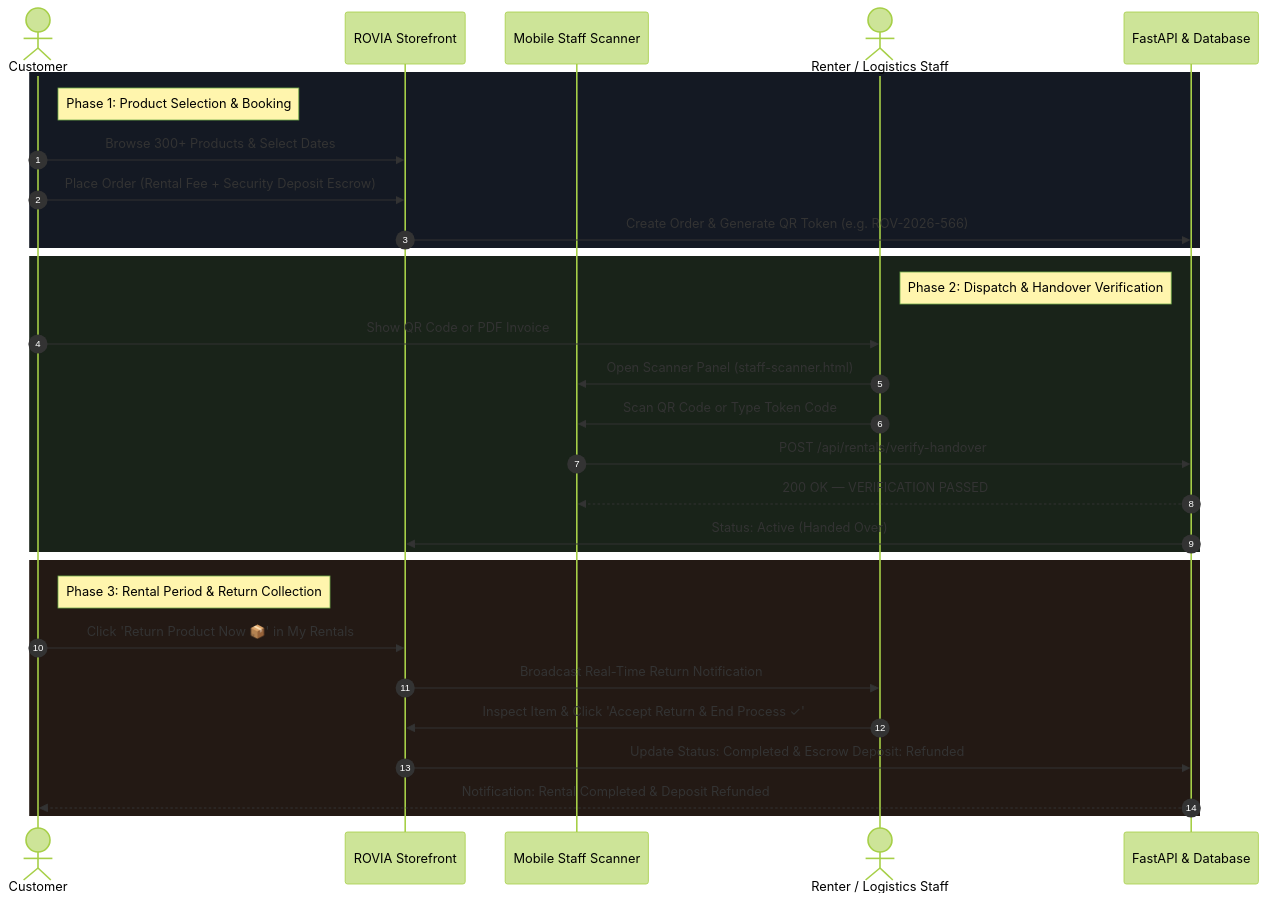
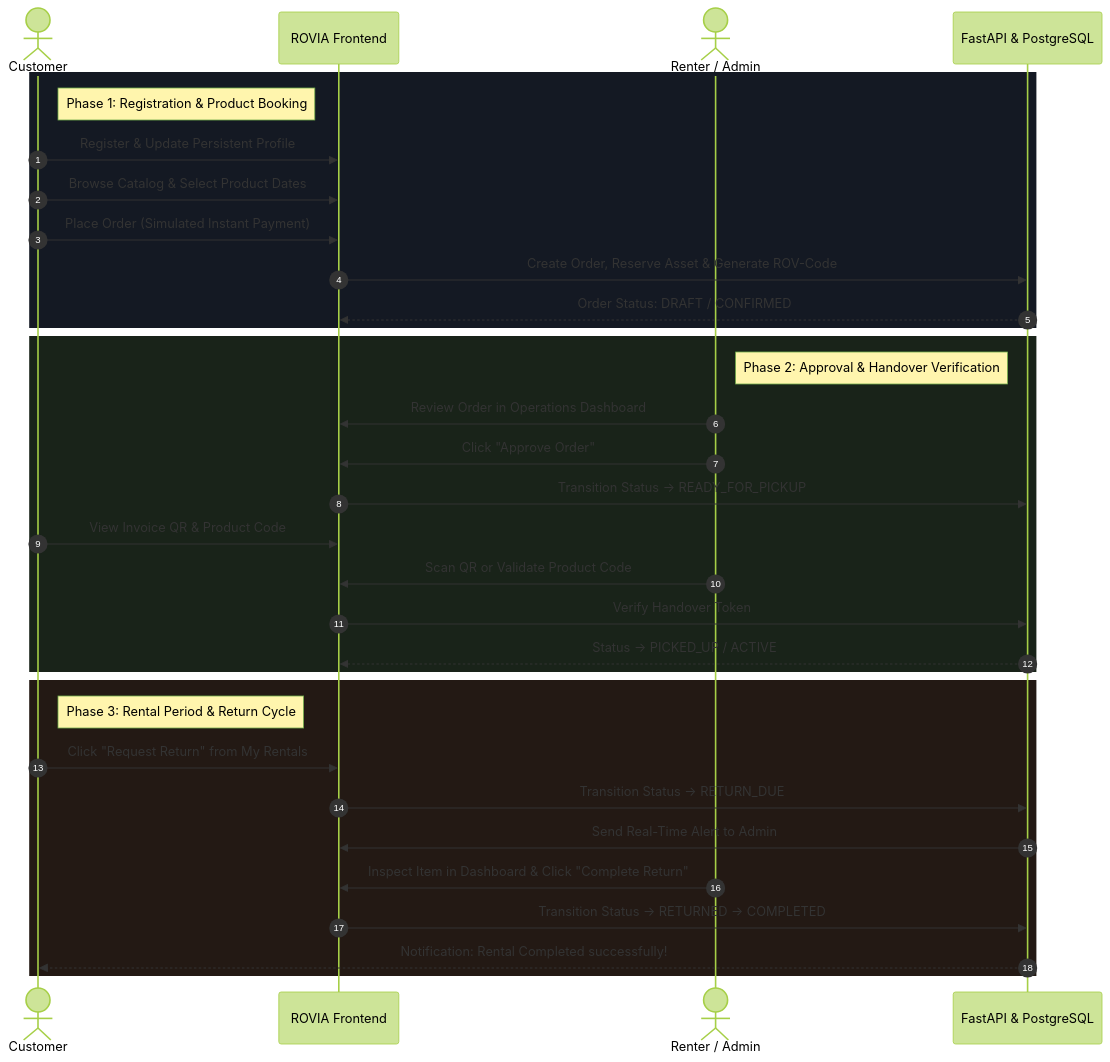
One commit to sakthisundar-16/Rovia changed the second of 2 diagrams in README.md. Above: the diagram before and after it, drawn with Mermaid (forest theme). The commit also changed other lines of this file, not shown here.

Commit message:
docs: Update README with Odoo Hackathon, workflow, diagrams and deployed links

````diff
--- a/README.md
+++ b/README.md
@@ -51,35 +57,38 @@
 ```mermaid
 sequenceDiagram
     autonumber
     actor Customer
-    participant Storefront as ROVIA Storefront
-    participant Scanner as Mobile Staff Scanner
-    actor Renter as Renter / Logistics Staff
-    participant Backend as FastAPI & Database
+    participant Frontend as ROVIA Frontend
+    actor Renter as Renter / Admin
+    participant Backend as FastAPI & PostgreSQL
 
     rect rgb(20, 25, 35)
-        note right of Customer: Phase 1: Product Selection & Booking
-        Customer->>Storefront: Browse 300+ Products & Select Dates
-        Customer->>Storefront: Place Order (Rental Fee + Security Deposit Escrow)
-        Storefront->>Backend: Create Order & Generate QR Token (e.g. ROV-2026-566)
+        note right of Customer: Phase 1: Registration & Product Booking
+        Customer->>Frontend: Register & Update Persistent Profile
+        Customer->>Frontend: Browse Catalog & Select Product Dates
+        Customer->>Frontend: Place Order (Simulated Instant Payment)
+        Frontend->>Backend: Create Order, Reserve Asset & Generate ROV-Code
+        Backend-->>Frontend: Order Status: DRAFT / CONFIRMED
     end
 
     rect rgb(25, 35, 25)
-        note right of Renter: Phase 2: Dispatch & Handover Verification
-        Customer->>Renter: Show QR Code or PDF Invoice
-        Renter->>Scanner: Open Scanner Panel (staff-scanner.html)
-        Renter->>Scanner: Scan QR Code or Type Token Code
-        Scanner->>Backend: POST /api/rentals/verify-handover
-        Backend-->>Scanner: 200 OK — VERIFICATION PASSED
-        Backend->>Storefront: Status: Active (Handed Over)
+        note right of Renter: Phase 2: Approval & Handover Verification
+        Renter->>Frontend: Review Order in Operations Dashboard
+        Renter->>Frontend: Click "Approve Order"
+        Frontend->>Backend: Transition Status -> READY_FOR_PICKUP
+        Customer->>Frontend: View Invoice QR & Product Code
+        Renter->>Frontend: Scan QR or Validate Product Code
+        Frontend->>Backend: Verify Handover Token
+        Backend-->>Frontend: Status -> PICKED_UP / ACTIVE
     end
 
     rect rgb(35, 25, 20)
-        note right of Customer: Phase 3: Rental Period & Return Collection
-        Customer->>Storefront: Click 'Return Product Now 📦' in My Rentals
-        Storefront->>Renter: Broadcast Real-Time Return Notification
-        Renter->>Storefront: Inspect Item & Click 'Accept Return & End Process ✓'
-        Storefront->>Backend: Update Status: Completed & Escrow Deposit: Refunded
-        Backend-->>Customer: Notification: Rental Completed & Deposit Refunded
+        note right of Customer: Phase 3: Rental Period & Return Cycle
+        Customer->>Frontend: Click "Request Return" from My Rentals
+        Frontend->>Backend: Transition Status -> RETURN_DUE
+        Backend->>Frontend: Send Real-Time Alert to Admin
+        Renter->>Frontend: Inspect Item in Dashboard & Click "Complete Return"
+        Frontend->>Backend: Transition Status -> RETURNED -> COMPLETED
+        Backend-->>Customer: Notification: Rental Completed successfully!
     end
 ```
````
